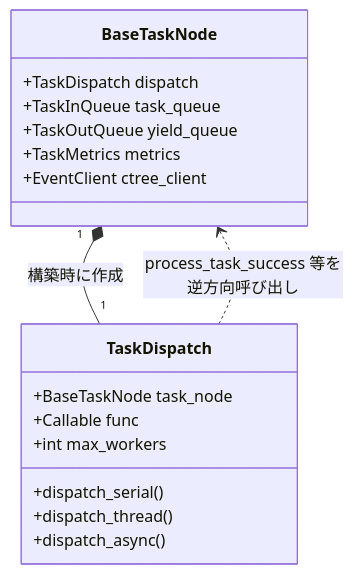
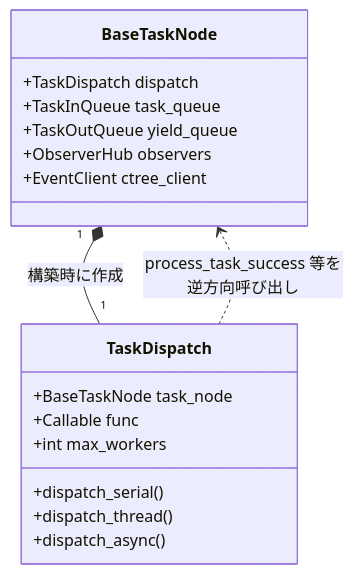
Before and after one commit to Mr-xiaotian/CelestialFlow: the second of 2 diagrams in docs/ja/src/node/core_dispatch.md, drawn with Mermaid. The commit also changed other lines of this file and 157 other files, not shown here.

````diff
--- a/docs/ja/src/node/core_dispatch.md
+++ b/docs/ja/src/node/core_dispatch.md
@@ -143,21 +174,21 @@
 ```mermaid
 classDiagram
     class BaseTaskNode {
         +TaskDispatch dispatch
         +TaskInQueue task_queue
         +TaskOutQueue yield_queue
-        +TaskMetrics metrics
+        +ObserverHub observers
         +EventClient ctree_client
     }
     class TaskDispatch {
         +BaseTaskNode task_node
         +Callable func
         +int max_workers
         +dispatch_serial()
         +dispatch_thread()
         +dispatch_async()
     }
 
     BaseTaskNode "1" *-- "1" TaskDispatch : 構築時に作成
     TaskDispatch ..> BaseTaskNode : process_task_success 等を逆方向呼び出し
 ```
````
